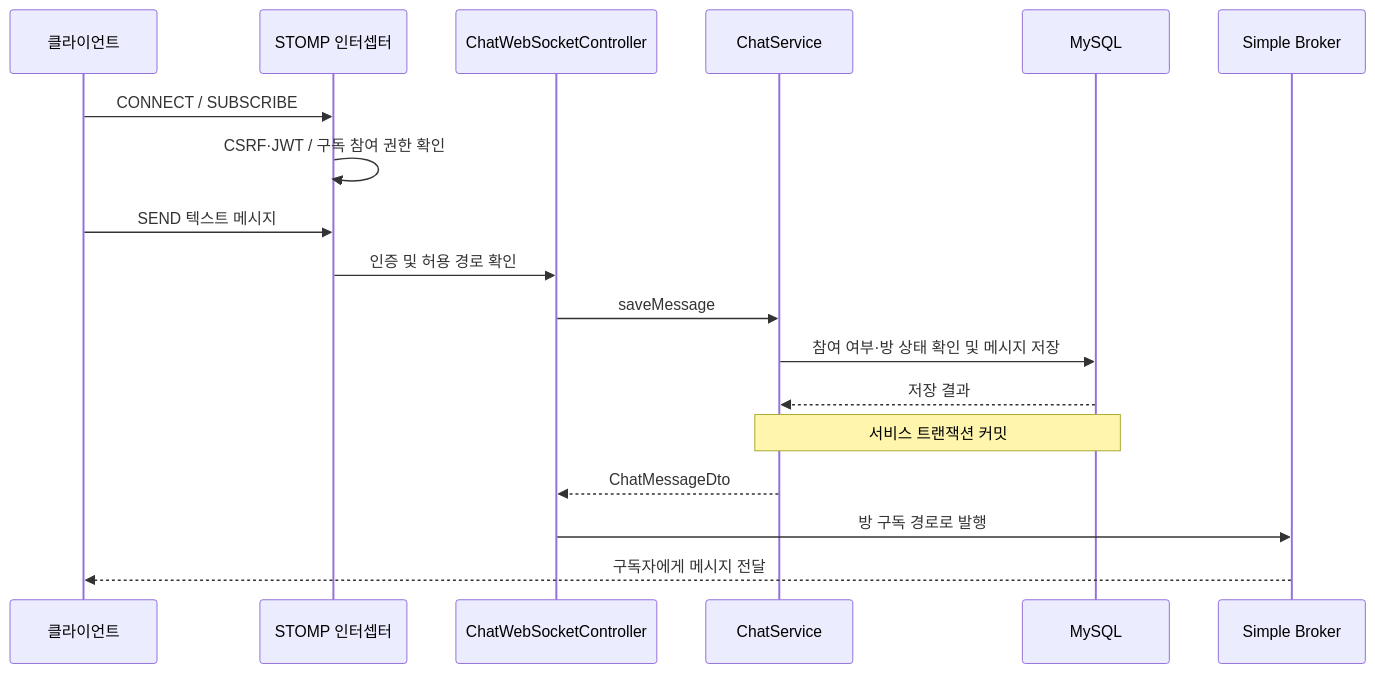
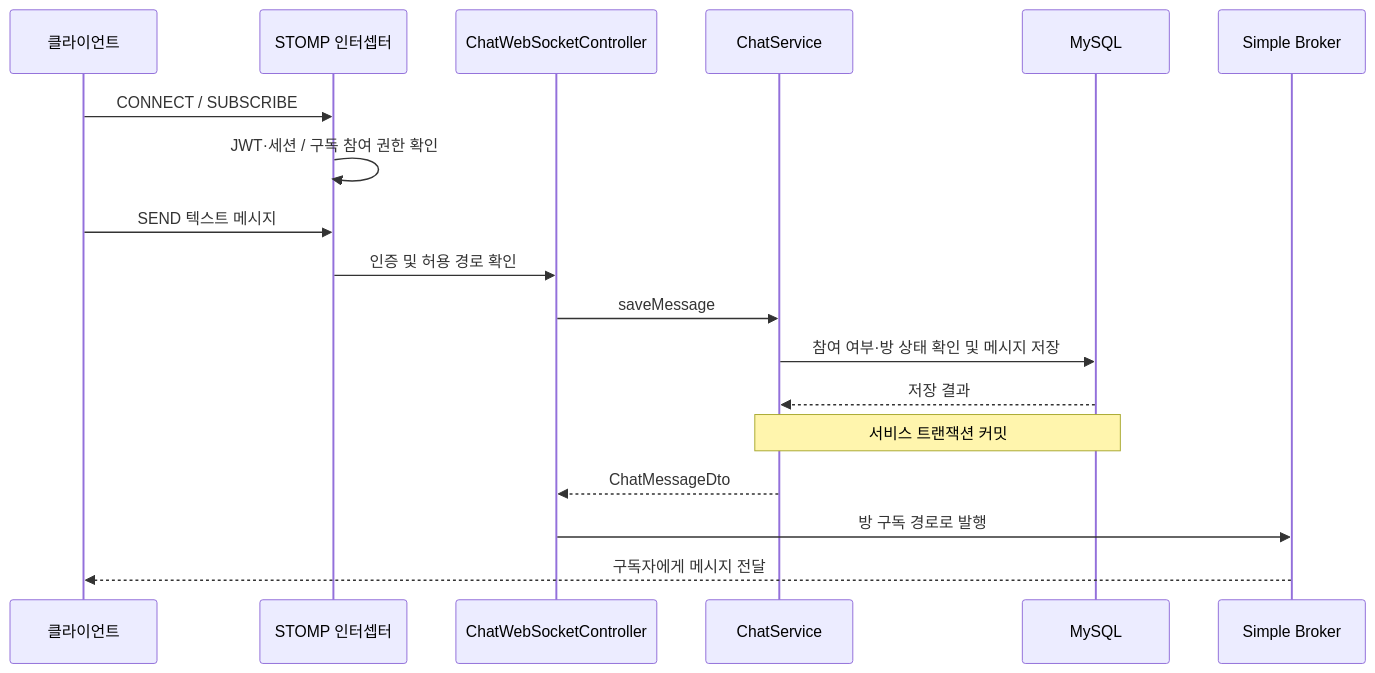
The second of 2 diagrams in docs/architecture.md (RGB234/marigold_server), drawn with Mermaid before and after one commit. The commit also changed other lines of this file and 77 other files, not shown here.

````diff
--- a/docs/architecture.md
+++ b/docs/architecture.md
@@ -126,20 +135,20 @@
 ```mermaid
 sequenceDiagram
     participant Client as 클라이언트
     participant WS as STOMP 인터셉터
     participant Controller as ChatWebSocketController
     participant Service as ChatService
     participant DB as MySQL
     participant Broker as Simple Broker
     Client->>WS: CONNECT / SUBSCRIBE
-    WS->>WS: CSRF·JWT / 구독 참여 권한 확인
+    WS->>WS: JWT·세션 / 구독 참여 권한 확인
     Client->>WS: SEND 텍스트 메시지
     WS->>Controller: 인증 및 허용 경로 확인
     Controller->>Service: saveMessage
     Service->>DB: 참여 여부·방 상태 확인 및 메시지 저장
     DB-->>Service: 저장 결과
     Note over Service,DB: 서비스 트랜잭션 커밋
     Service-->>Controller: ChatMessageDto
     Controller->>Broker: 방 구독 경로로 발행
     Broker-->>Client: 구독자에게 메시지 전달
 ```
````
